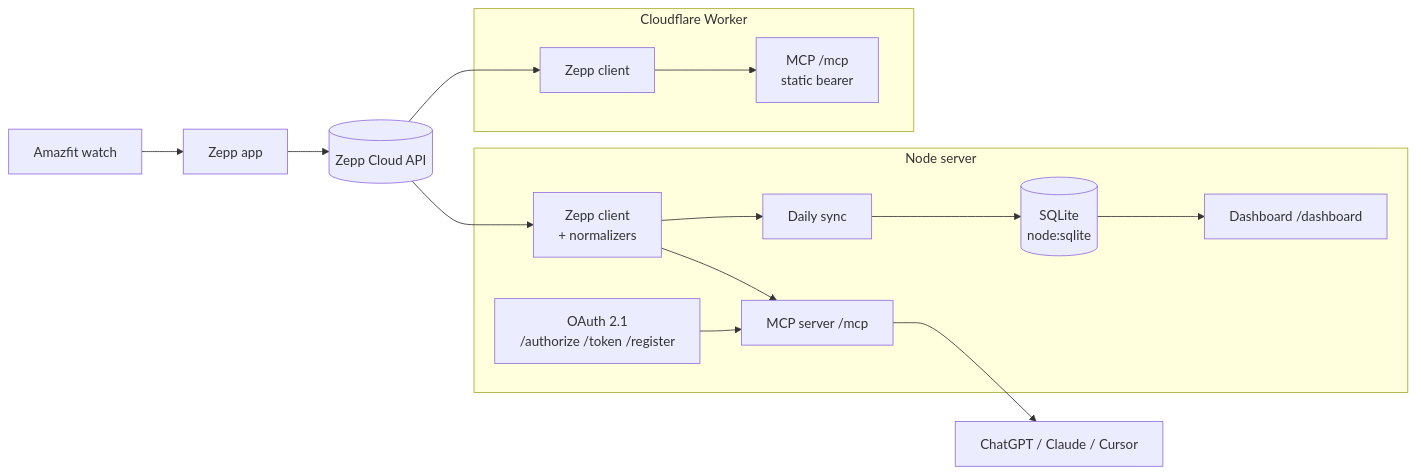
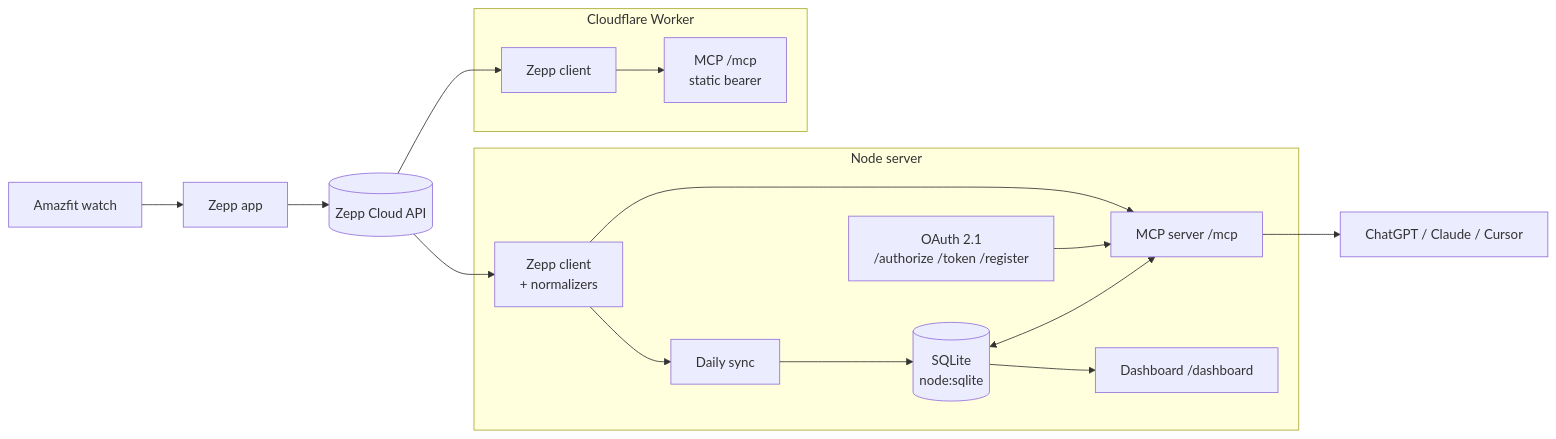
The diagram in README.md (aryarfani/zepp-cloud-mcp), drawn with Mermaid before and after one commit. The commit also changed other lines of this file and 23 other files, not shown here.

````diff
--- a/README.md
+++ b/README.md
@@ -228,17 +230,18 @@
 ```mermaid
 flowchart LR
   W[Amazfit watch] --> A[Zepp app] --> Z[(Zepp Cloud API)]
   subgraph Node server
     C[Zepp client<br/>+ normalizers] --> M[MCP server /mcp]
     O[OAuth 2.1<br/>/authorize /token /register] --> M
     S[Daily sync] --> DB[(SQLite<br/>node:sqlite)]
     DB --> D[Dashboard /dashboard]
+    DB <--> M
     C --> S
   end
   Z --> C
   M --> L[ChatGPT / Claude / Cursor]
   subgraph Cloudflare Worker
     CW[Zepp client] --> MW[MCP /mcp<br/>static bearer]
   end
   Z --> CW
 ```
````
